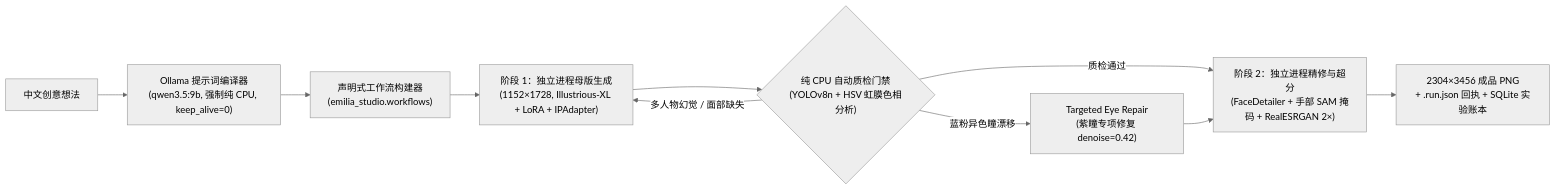
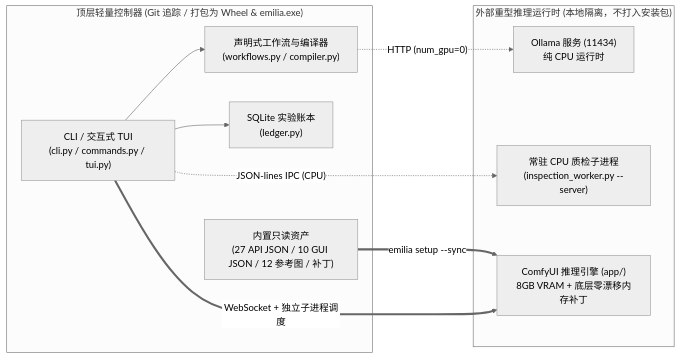
The second of 2 diagrams in README.md (just1cez/emilia_studio), drawn with Mermaid (neutral theme) before and after one commit. The commit also changed other lines of this file and 4 other files, not shown here.

Commit message:
docs: split bilingual README into README.md and README.en.md with redesigned diagrams and repo cleanup

````diff
--- a/README.md
+++ b/README.md
@@ -182,12 +71,21 @@
 ```mermaid
 flowchart LR
-    A["中文创意想法"] --> B["Ollama 提示词编译器<br/>(qwen3.5:9b, 强制纯 CPU, keep_alive=0)"]
-    B --> C["声明式工作流构建器<br/>(emilia_studio.workflows)"]
-    C --> D["阶段 1：独立进程母版生成<br/>(1152×1728, Illustrious-XL + LoRA + IPAdapter)"]
-    D --> E{"纯 CPU 自动质检门禁<br/>(YOLOv8n + HSV 虹膜色相分析)"}
-    E -- "多人物幻觉 / 面部缺失" --> D
-    E -- "蓝粉异色瞳漂移" --> F["Targeted Eye Repair<br/>(紫瞳专项修复 denoise=0.42)"]
-    E -- "质检通过" --> G["阶段 2：独立进程精修与超分<br/>(FaceDetailer + 手部 SAM 掩码 + RealESRGAN 2×)"]
-    F --> G
-    G --> H["2304×3456 成品 PNG<br/>+ .run.json 回执 + SQLite 实验账本"]
+    subgraph Top["顶层轻量控制器 (Git 追踪 / 打包为 Wheel & emilia.exe)"]
+        CLI["CLI / 交互式 TUI<br/>(cli.py / commands.py / tui.py)"]
+        DSL["声明式工作流与编译器<br/>(workflows.py / compiler.py)"]
+        LED["SQLite 实验账本<br/>(ledger.py)"]
+        RES["内置只读资产<br/>(27 API JSON / 10 GUI JSON / 12 参考图 / 补丁)"]
+    end
+
+    subgraph Ext["外部重型推理运行时 (本地隔离，不打入安装包)"]
+        OLL["Ollama 服务 (11434)<br/>纯 CPU 运行时"]
+        WKR["常驻 CPU 质检子进程<br/>(inspection_worker.py --server)"]
+        APP["ComfyUI 推理引擎 (app/)<br/>8GB VRAM + 底层零漂移内存补丁"]
+    end
+
+    CLI --> DSL & LED
+    DSL -. "HTTP (num_gpu=0)" .-> OLL
+    CLI -. "JSON-lines IPC (CPU)" .-> WKR
+    RES == "emilia setup --sync" ==> APP
+    CLI == "WebSocket + 独立子进程调度" ==> APP
 ```
````
